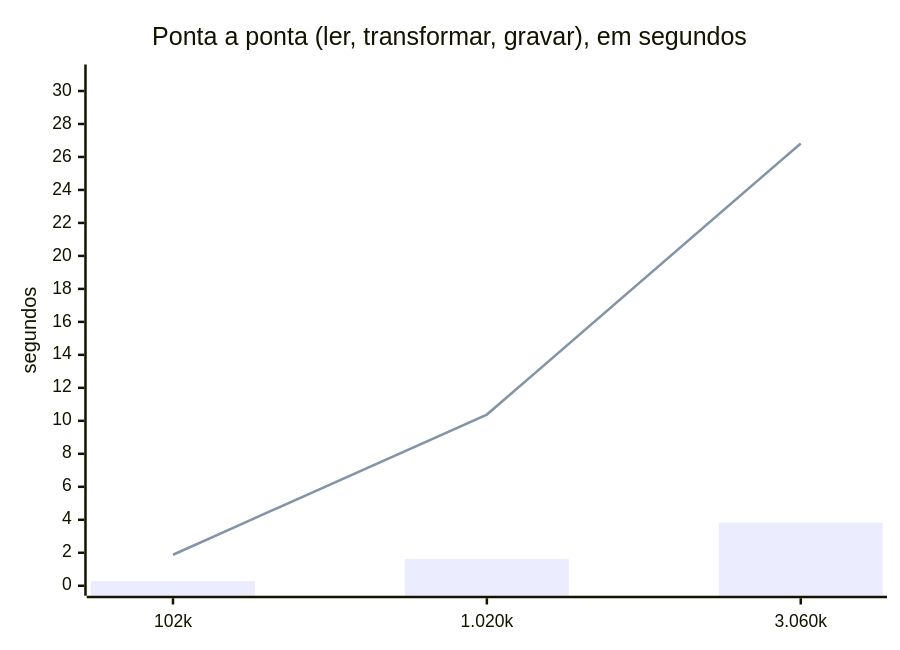
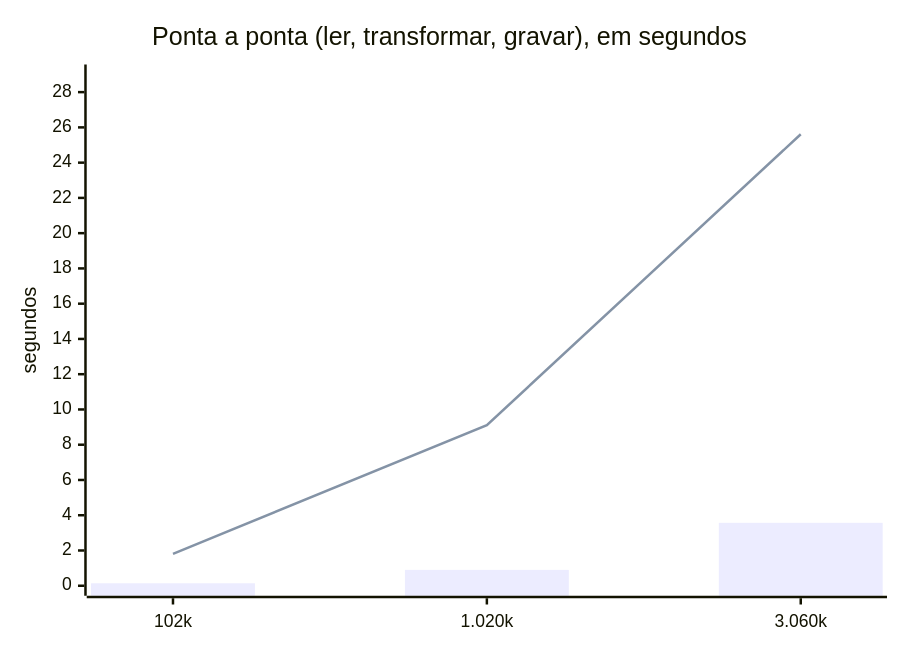
The diagram in docs/benchmark/README.md (aferrari-lab/brazil-weather-pipeline), drawn with Mermaid before and after one commit. The commit also changed other lines of this file, not shown here.

````diff
--- a/docs/benchmark/README.md
+++ b/docs/benchmark/README.md
@@ -30,8 +30,8 @@
 ```mermaid
 xychart-beta
     title "Ponta a ponta (ler, transformar, gravar), em segundos"
     x-axis ["102k", "1.020k", "3.060k"]
-    y-axis "segundos" 0 --> 31
-    bar [0.28, 1.62, 3.82]
-    line [1.88, 10.38, 26.82]
+    y-axis "segundos" 0 --> 29
+    bar [0.14, 0.90, 3.57]
+    line [1.81, 9.11, 25.61]
 ```
````
